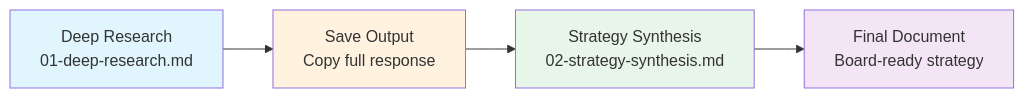
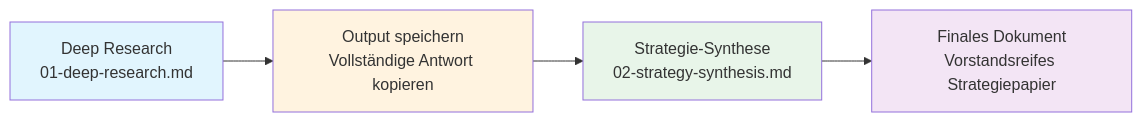
Before and after one commit to thwinter-ch/ai-lectures: the diagram in 2026_02_07_AIF/segments/05-company-research-exercise/README.md, drawn with Mermaid. The commit also changed other lines of this file and 9 other files, not shown here.

````diff
--- a/2026_02_07_AIF/segments/05-company-research-exercise/README.md
+++ b/2026_02_07_AIF/segments/05-company-research-exercise/README.md
@@ -22,11 +22,11 @@
 ```mermaid
 flowchart LR
-    A[Deep Research<br/>01-deep-research.md] --> B[Save Output<br/>Copy full response]
-    B --> C[Strategy Synthesis<br/>02-strategy-synthesis.md]
-    C --> D[Final Document<br/>Board-ready strategy]
+    A[Deep Research<br/>01-deep-research.md] --> B[Output speichern<br/>Vollständige Antwort kopieren]
+    B --> C[Strategie-Synthese<br/>02-strategy-synthesis.md]
+    C --> D[Finales Dokument<br/>Vorstandsreifes Strategiepapier]
 
     style A fill:#e1f5fe
     style B fill:#fff3e0
     style C fill:#e8f5e9
     style D fill:#f3e5f5
 ```
````
